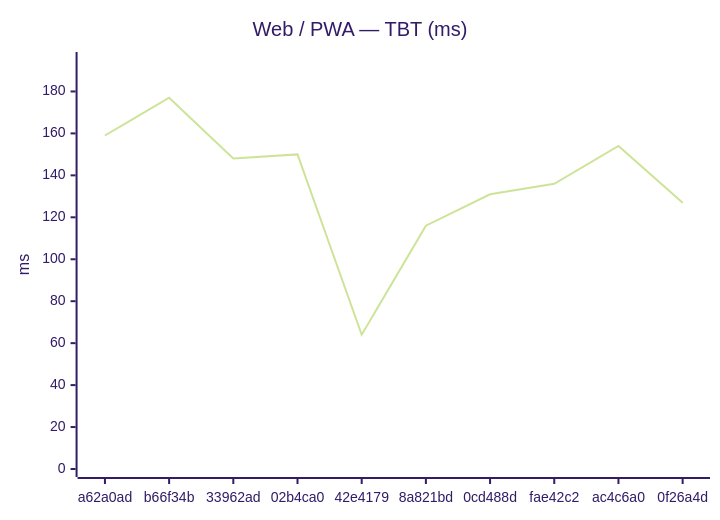
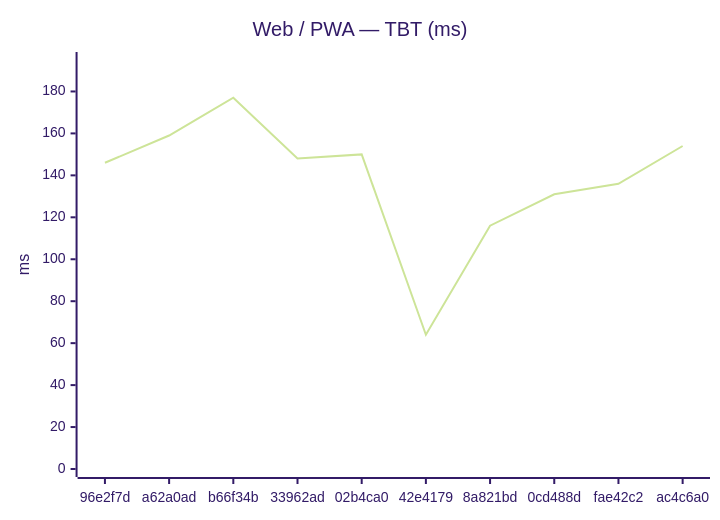
Before and after one commit to Metaheurist/Rianell: the second of 18 diagrams in benchmarks/compare.md, drawn with Mermaid (forest theme). The commit also changed other lines of this file and 11 other files, not shown here.

````diff
--- a/benchmarks/compare.md
+++ b/benchmarks/compare.md
@@ -31,7 +31,7 @@
 ```mermaid
 xychart-beta
     title "Web / PWA — TBT (ms)"
-    x-axis ["a62a0ad", "b66f34b", "33962ad", "02b4ca0", "42e4179", "8a821bd", "0cd488d", "fae42c2", "ac4c6a0", "0f26a4d"]
+    x-axis ["96e2f7d", "a62a0ad", "b66f34b", "33962ad", "02b4ca0", "42e4179", "8a821bd", "0cd488d", "fae42c2", "ac4c6a0"]
     y-axis "ms" 0 --> 195
-    line [159, 177, 148, 150, 64, 116, 131, 136, 154, 127]
+    line [146, 159, 177, 148, 150, 64, 116, 131, 136, 154]
 ```
````
